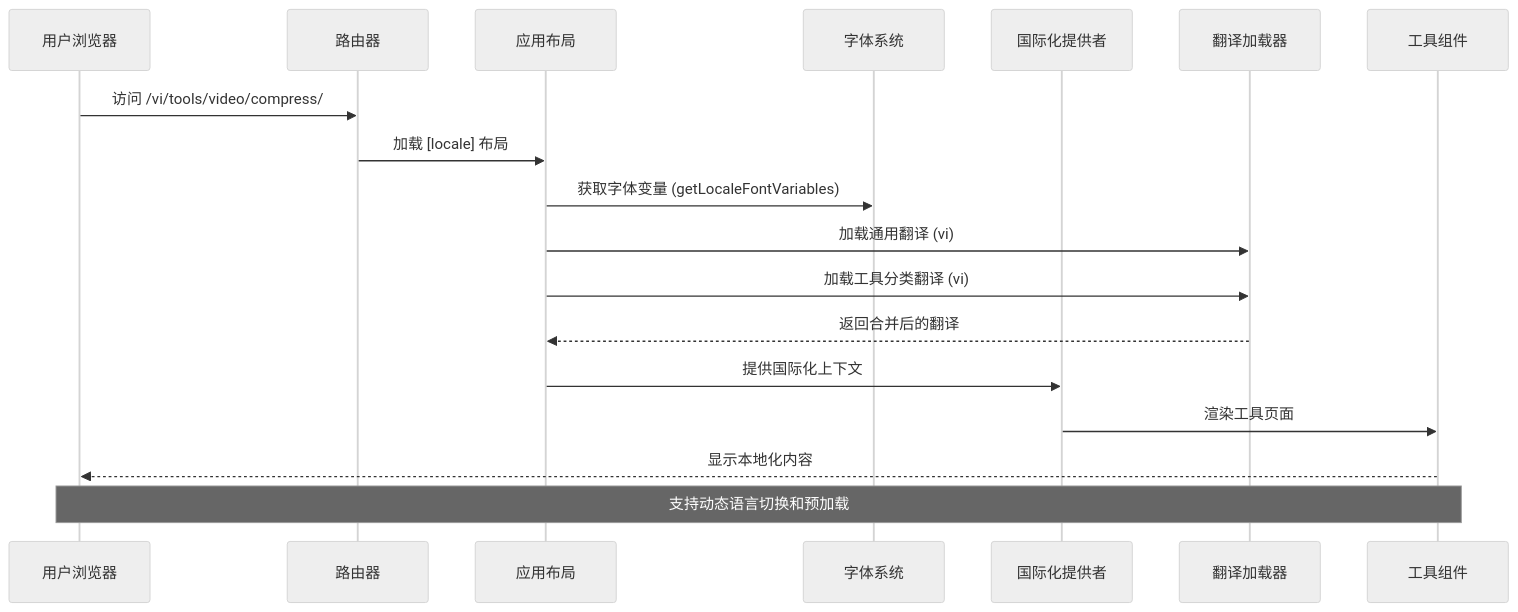
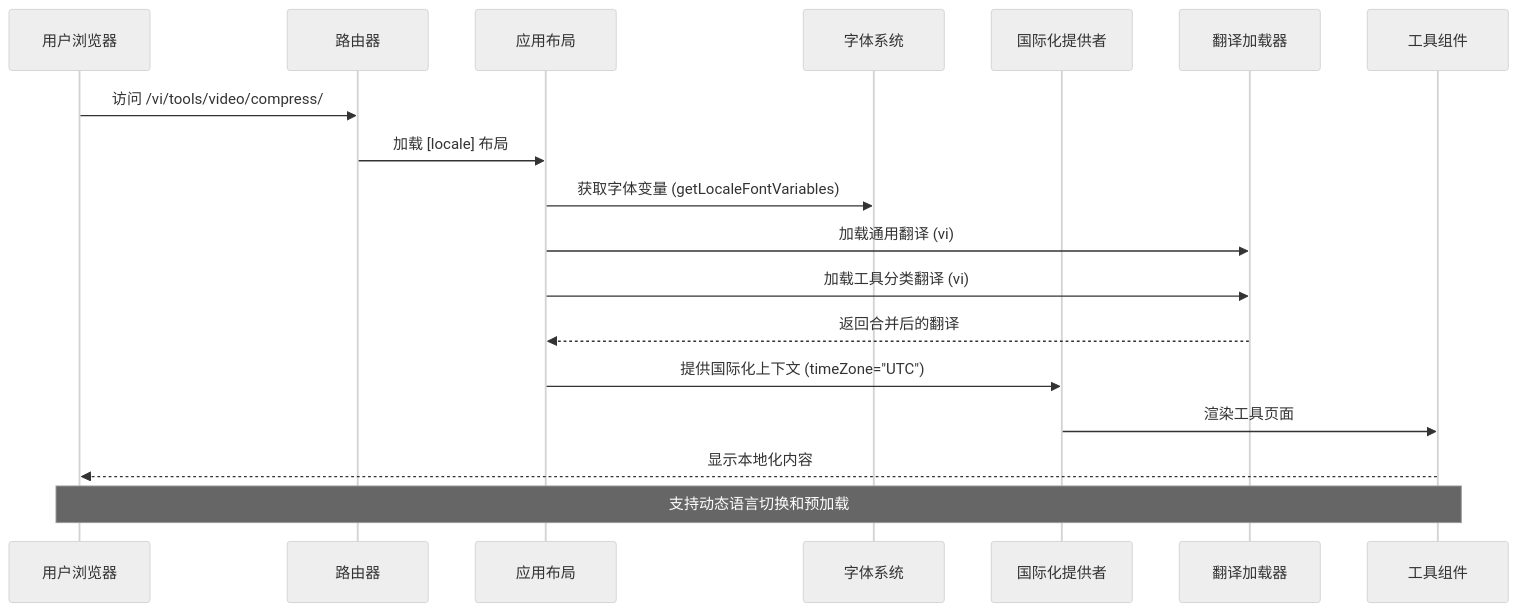
Before and after one commit to sgyy/privadeck: the sixth of 12 diagrams in .qoder/repowiki/zh/content/技术架构/国际化系统.md, drawn with Mermaid (neutral theme). The commit also changed other lines of this file and 2 other files, not shown here.

````diff
--- a/.qoder/repowiki/zh/content/技术架构/国际化系统.md
+++ b/.qoder/repowiki/zh/content/技术架构/国际化系统.md
@@ -303,20 +359,20 @@
 ```mermaid
 sequenceDiagram
 participant User as 用户浏览器
 participant Router as 路由器
 participant Layout as 应用布局
 participant Fonts as 字体系统
 participant Provider as 国际化提供者
 participant Messages as 翻译加载器
 participant Tools as 工具组件
 User->>Router : 访问 /vi/tools/video/compress/
 Router->>Layout : 加载 [locale] 布局
 Layout->>Fonts : 获取字体变量 (getLocaleFontVariables)
 Layout->>Messages : 加载通用翻译 (vi)
 Layout->>Messages : 加载工具分类翻译 (vi)
 Messages-->>Layout : 返回合并后的翻译
-Layout->>Provider : 提供国际化上下文
+Layout->>Provider : 提供国际化上下文 (timeZone="UTC")
 Provider->>Tools : 渲染工具页面
 Tools-->>User : 显示本地化内容
 Note over User,Tools : 支持动态语言切换和预加载
 ```
````
